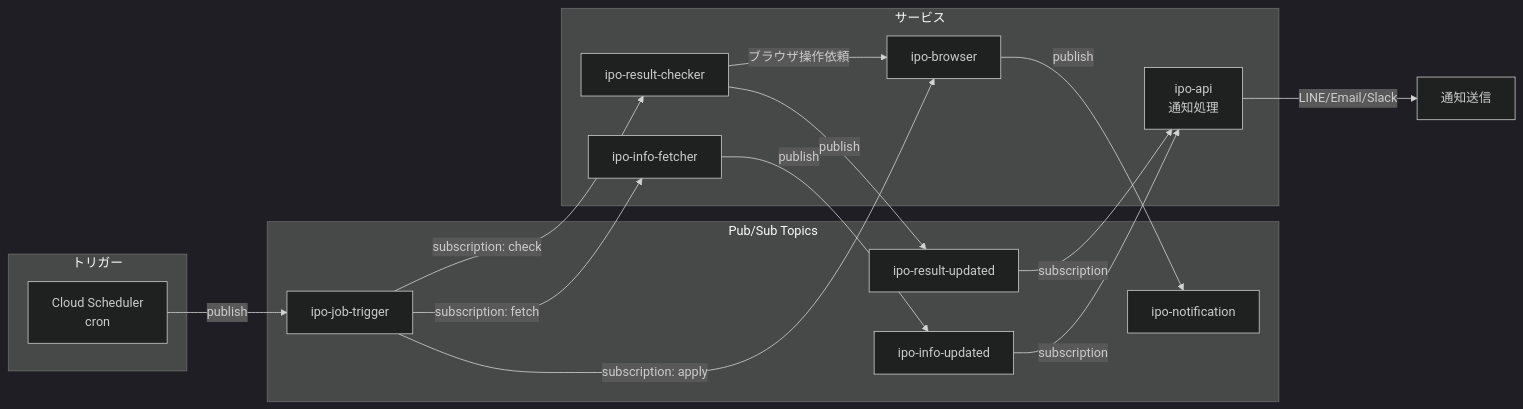
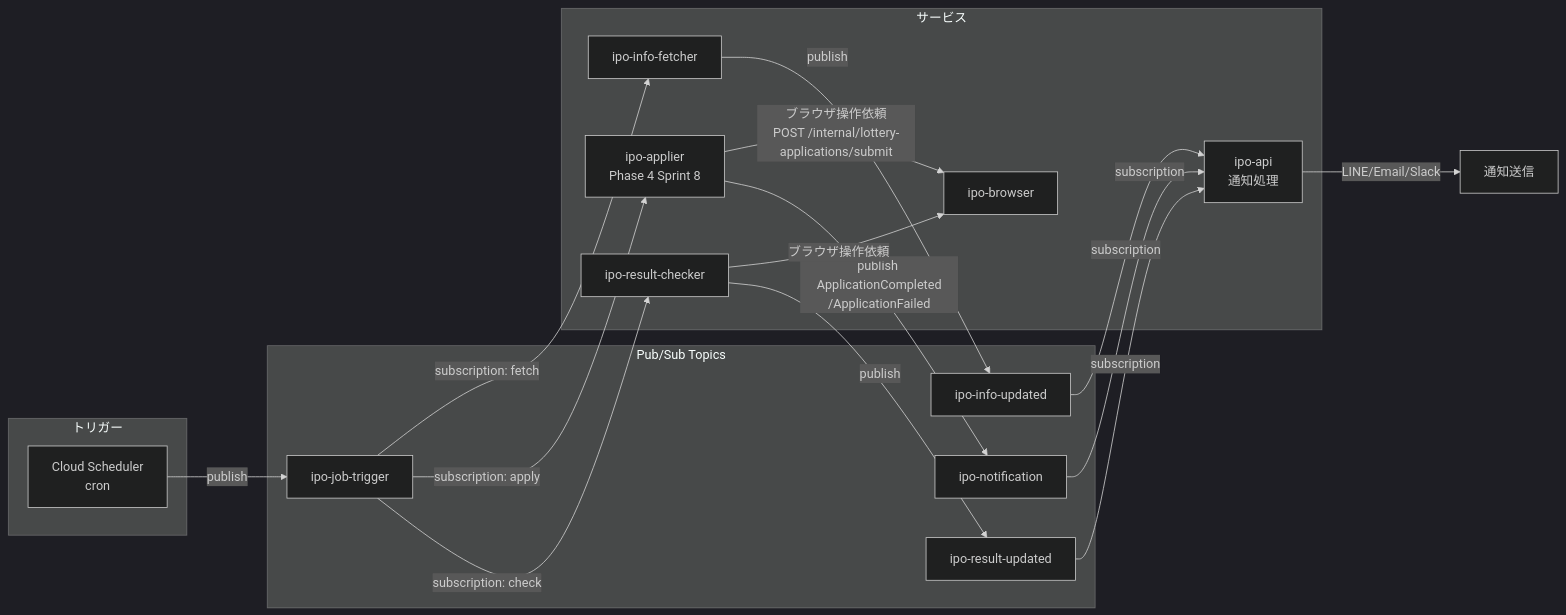
One commit to lihs-ie/ipotto changed the second of 9 diagrams in docs/02-system-design/system-design.md. Above: the diagram before and after it, drawn with Mermaid (dark theme). The commit also changed other lines of this file and 21 other files, not shown here.

````diff
--- a/docs/02-system-design/system-design.md
+++ b/docs/02-system-design/system-design.md
@@ -105,35 +111,39 @@
 ```mermaid
 graph LR
     subgraph トリガー
         CS[Cloud Scheduler<br>cron]
     end
 
     subgraph Pub/Sub Topics
         T1[ipo-job-trigger]
         T2[ipo-info-updated]
         T3[ipo-result-updated]
         T4[ipo-notification]
     end
 
     subgraph サービス
         S1[ipo-info-fetcher]
         S2[ipo-browser]
         S3[ipo-result-checker]
         S4[ipo-api<br>通知処理]
+        S5[ipo-applier<br>Phase 4 Sprint 8]
     end
 
     CS -->|publish| T1
     T1 -->|subscription: fetch| S1
-    T1 -->|subscription: apply| S2
+    T1 -->|subscription: apply| S5
     T1 -->|subscription: check| S3
 
     S1 -->|publish| T2
     T2 -->|subscription| S4
 
+    S5 -->|ブラウザ操作依頼<br>POST /internal/lottery-applications/submit| S2
+    S5 -->|publish ApplicationCompleted<br>/ApplicationFailed| T4
+
     S3 -->|ブラウザ操作依頼| S2
     S3 -->|publish| T3
     T3 -->|subscription| S4
 
-    S2 -->|publish| T4
+    T4 -->|subscription| S4
     S4 -->|LINE/Email/Slack| 通知送信
 ```
````
